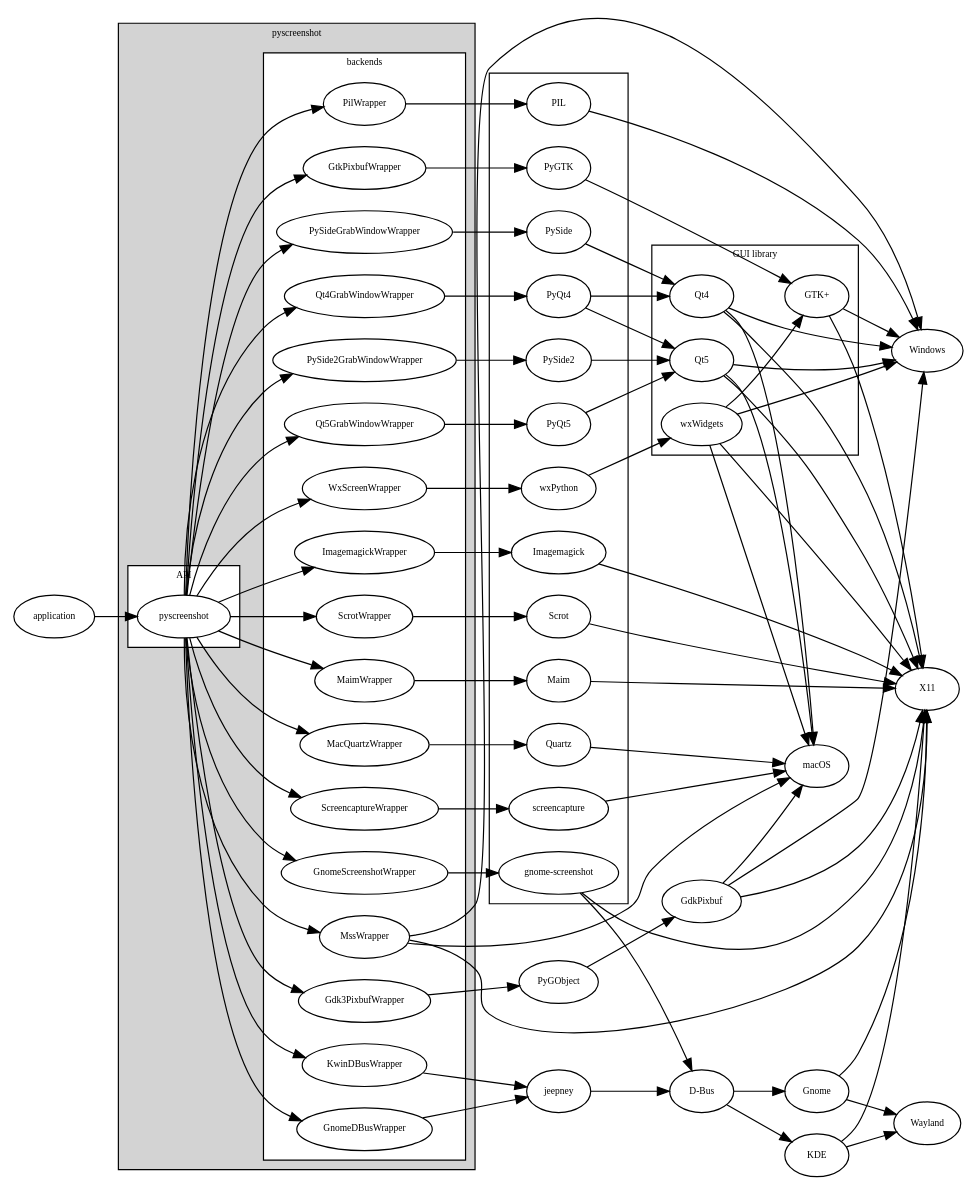
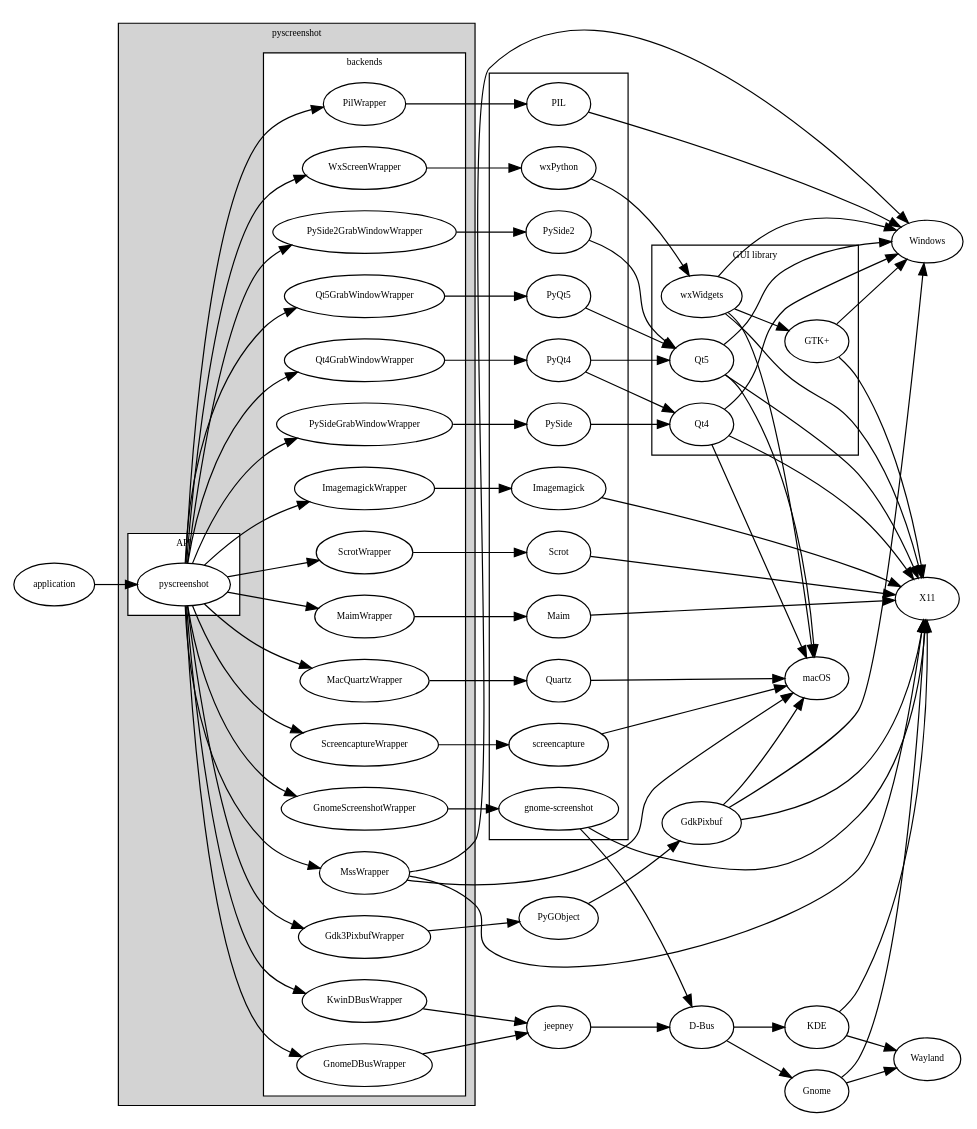
The diagram in doc/hierarchy.dot (ponty/pyscreenshot), drawn with Graphviz before and after one commit. The commit also changed 10 other files, not shown here.

```diff
--- a/doc/hierarchy.dot
+++ b/doc/hierarchy.dot
@@ -1,124 +1,121 @@
 digraph G {
     rankdir=LR;
     node [fontsize=8];
     fontsize=8;
 
     subgraph cluster_0 {
         label = "pyscreenshot";
         style=filled;
         fillcolor=lightgrey;
         subgraph cluster_1 {
             label = "API";
             style=filled;
             fillcolor=white;
 
             pyscreenshot;
         }
         subgraph cluster_2 {
             style=filled;
             fillcolor=white;
             label = "backends";
 
-            pyscreenshot -> GtkPixbufWrapper;
             pyscreenshot -> Qt4GrabWindowWrapper;
             pyscreenshot -> Qt5GrabWindowWrapper;
             pyscreenshot -> PySideGrabWindowWrapper;
             pyscreenshot -> PySide2GrabWindowWrapper;
             pyscreenshot -> PilWrapper;
             pyscreenshot -> ImagemagickWrapper;
             pyscreenshot -> WxScreenWrapper;
             pyscreenshot -> ScrotWrapper;
             pyscreenshot -> MaimWrapper;
             pyscreenshot -> MacQuartzWrapper
             pyscreenshot -> ScreencaptureWrapper
             pyscreenshot -> Gdk3PixbufWrapper
             pyscreenshot -> GnomeScreenshotWrapper
             pyscreenshot -> GnomeDBusWrapper
             pyscreenshot -> KwinDBusWrapper
             pyscreenshot -> MssWrapper
         }
     }
     subgraph cluster_3 {
         PIL;
         wxPython;
         PyQt4;
         PyQt5;
         PySide;
         PySide2;
-        PyGTK;
         screencapture;
         Quartz;
         Scrot;
         Maim;
         Imagemagick;
         "gnome-screenshot";
     }
     subgraph cluster_4 {
         label = "GUI library";
         Qt4;
         Qt5;
         wxWidgets;
         "GTK+";
     }
 
     Qt4GrabWindowWrapper -> PyQt4 -> Qt4;
     PyQt4 -> Qt5;
     Qt5GrabWindowWrapper -> PyQt5 -> Qt5;
     PySideGrabWindowWrapper -> PySide -> Qt4;
     PySide2GrabWindowWrapper -> PySide2 -> Qt5;
     
     Qt4 -> macOS;
     Qt4 -> Windows;
     Qt4 -> X11;
     Qt5 -> macOS;
     Qt5 -> Windows;
     Qt5 -> X11;
 
     PilWrapper -> PIL -> Windows;
     ImagemagickWrapper -> Imagemagick -> X11;
     ScrotWrapper -> Scrot -> X11;
     MaimWrapper -> Maim -> X11;
 
     Gnome -> Wayland;
     Gnome -> X11;
     KDE -> Wayland;
     KDE -> X11;
 
     "D-Bus" -> Gnome;
     "D-Bus" -> KDE;
 
     jeepney-> "D-Bus";
 
     GnomeScreenshotWrapper -> "gnome-screenshot";
     "gnome-screenshot" -> X11;
     "gnome-screenshot" -> "D-Bus";
 
     GnomeDBusWrapper -> jeepney;
     KwinDBusWrapper -> jeepney;
 
-    GtkPixbufWrapper -> PyGTK -> "GTK+";
     //"GTK+" -> macOS;
     "GTK+" -> Windows;
     "GTK+" -> X11;
 
     Gdk3PixbufWrapper -> PyGObject -> GdkPixbuf;
     GdkPixbuf -> macOS;
     GdkPixbuf -> Windows;
     GdkPixbuf -> X11;
 
     WxScreenWrapper -> wxPython -> wxWidgets;
     wxWidgets -> "GTK+";
     wxWidgets -> macOS;
     wxWidgets -> Windows;
     wxWidgets -> X11;
 
     MacQuartzWrapper -> Quartz -> macOS;
     ScreencaptureWrapper -> screencapture -> macOS;
 
     MssWrapper -> X11;
     MssWrapper -> macOS;
     MssWrapper -> Windows;
 
     application -> pyscreenshot;
 
 }
```
